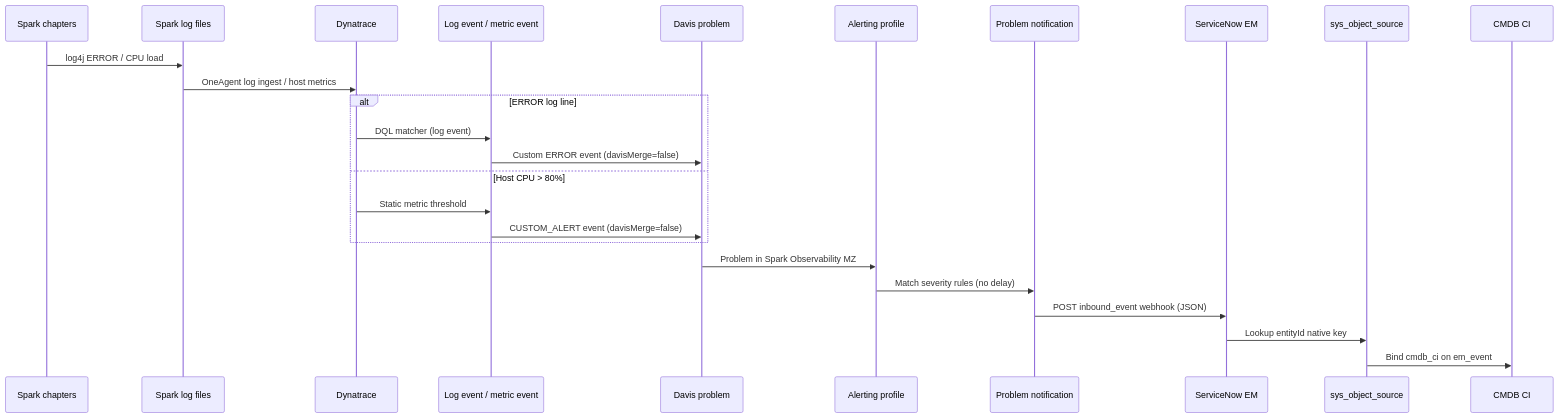
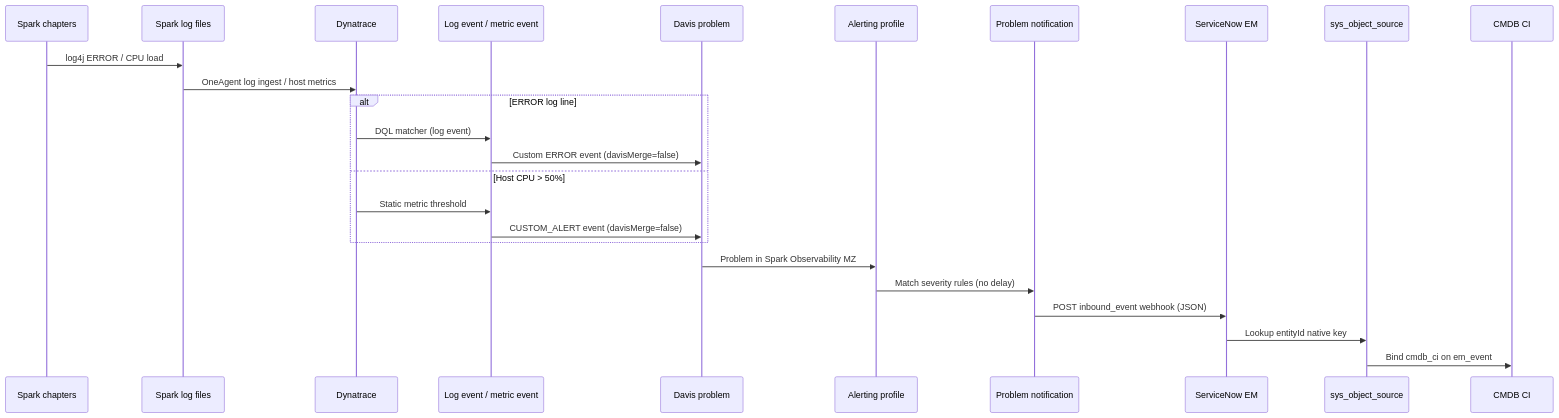
Before and after one commit to gxbrooks/spark-observability: the first of 3 diagrams in observability/dynatrace/docs/DT_Problems_to_SN_Event.md, drawn with Mermaid. The commit also changed other lines of this file and 16 other files, not shown here.

````diff
--- a/observability/dynatrace/docs/DT_Problems_to_SN_Event.md
+++ b/observability/dynatrace/docs/DT_Problems_to_SN_Event.md
@@ -12,28 +12,28 @@
 ```mermaid
 sequenceDiagram
   participant Ch as Spark chapters
   participant Logs as Spark log files
   participant DT as Dynatrace
   participant LE as Log event / metric event
   participant Davis as Davis problem
   participant AP as Alerting profile
   participant PN as Problem notification
   participant SN as ServiceNow EM
   participant SOS as sys_object_source
   participant CI as CMDB CI
 
   Ch->>Logs: log4j ERROR / CPU load
   Logs->>DT: OneAgent log ingest / host metrics
   alt ERROR log line
     DT->>LE: DQL matcher (log event)
     LE->>Davis: Custom ERROR event (davisMerge=false)
-  else Host CPU > 80%
+  else Host CPU > 50%
     DT->>LE: Static metric threshold
     LE->>Davis: CUSTOM_ALERT event (davisMerge=false)
   end
   Davis->>AP: Problem in Spark Observability MZ
   AP->>PN: Match severity rules (no delay)
   PN->>SN: POST inbound_event webhook (JSON)
   SN->>SOS: Lookup entityId native key
   SOS->>CI: Bind cmdb_ci on em_event
 ```
````
